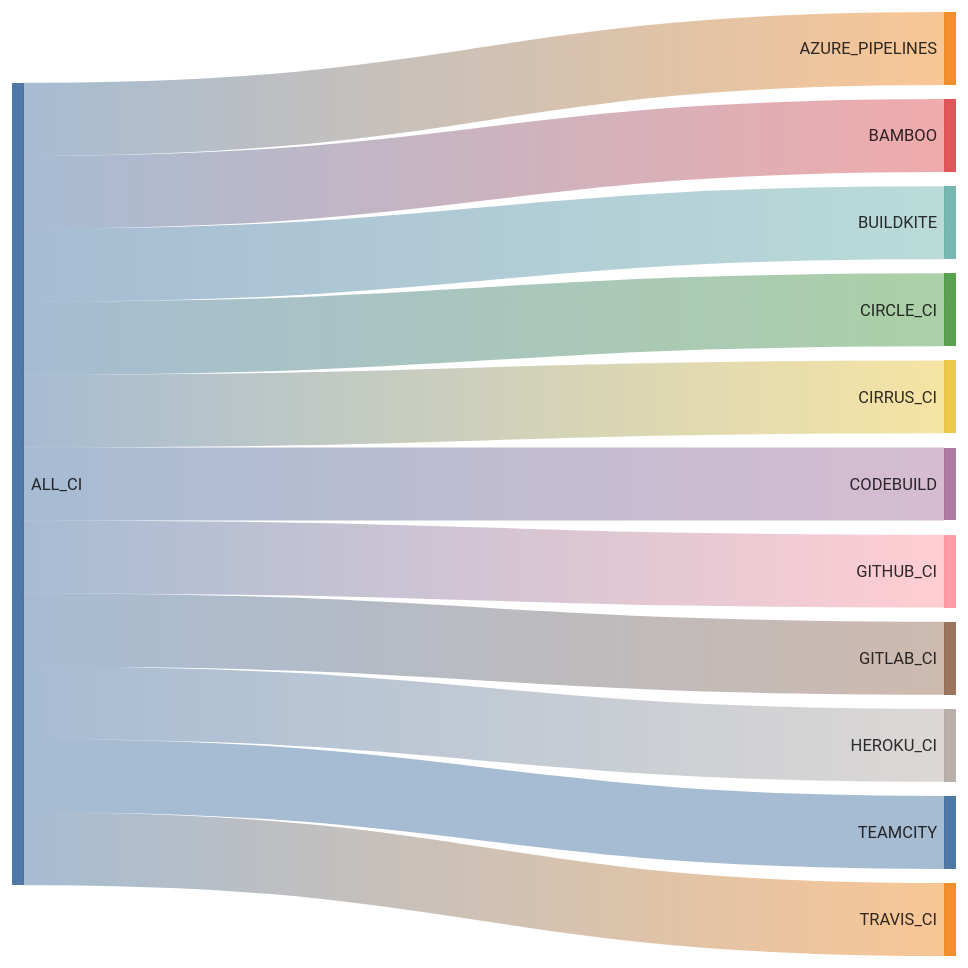
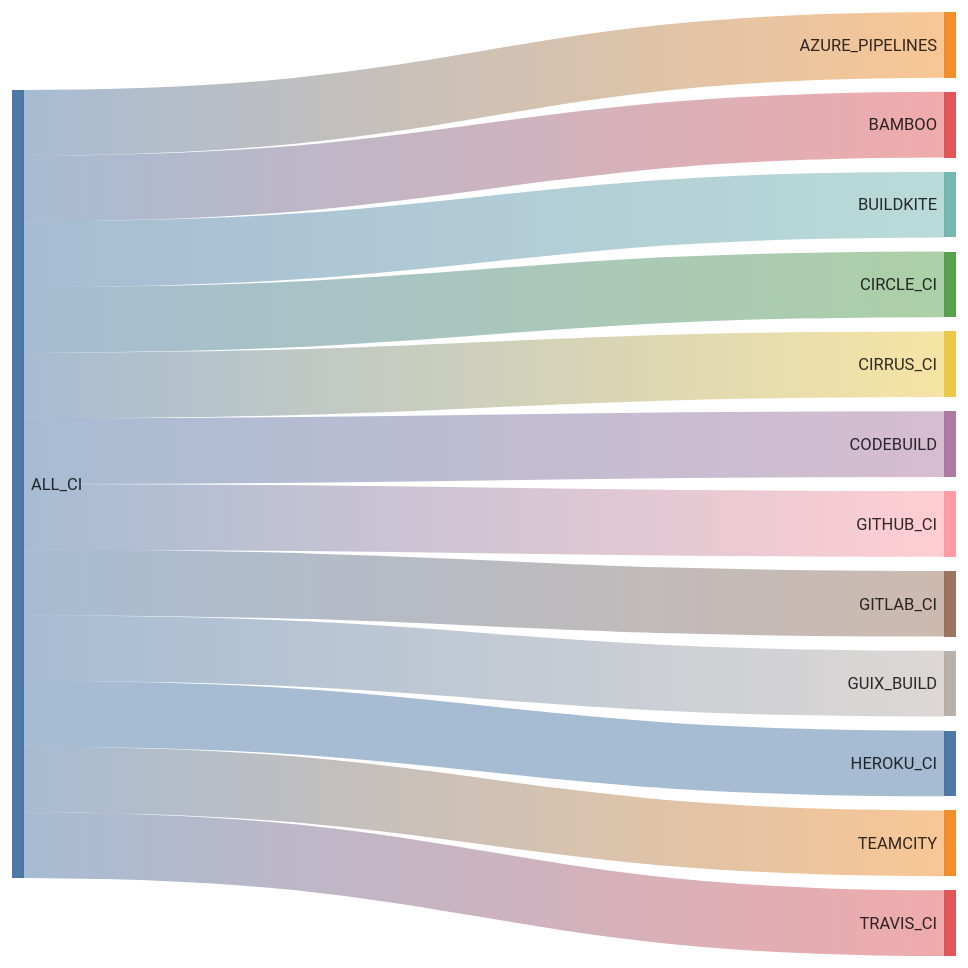
The first of 2 diagrams in docs/ci.md (kdeldycke/extra-platforms), drawn with Mermaid before and after one commit. The commit also changed other lines of this file and 11 other files, not shown here.

Commit message:
Add `SH` and `GUIX_BUILD`, resolve symlinks in `SHELL`

````diff
--- a/docs/ci.md
+++ b/docs/ci.md
@@ -87,18 +88,19 @@
 ```mermaid
 ---
 config: {"sankey": {"showValues": false, "width": 800, "height": 800}}
 ---
 sankey-beta
 
 ALL_CI,AZURE_PIPELINES,1
 ALL_CI,BAMBOO,1
 ALL_CI,BUILDKITE,1
 ALL_CI,CIRCLE_CI,1
 ALL_CI,CIRRUS_CI,1
 ALL_CI,CODEBUILD,1
 ALL_CI,GITHUB_CI,1
 ALL_CI,GITLAB_CI,1
+ALL_CI,GUIX_BUILD,1
 ALL_CI,HEROKU_CI,1
 ALL_CI,TEAMCITY,1
 ALL_CI,TRAVIS_CI,1
 ```
````
